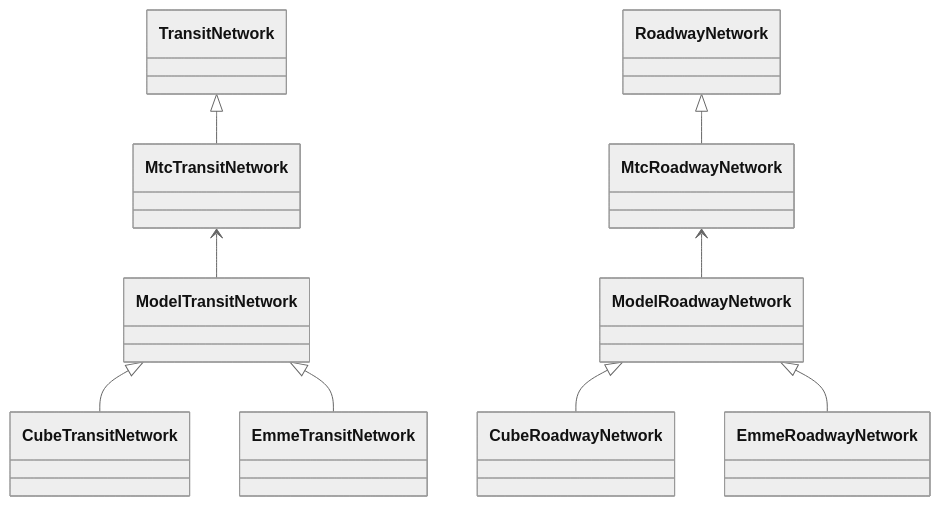
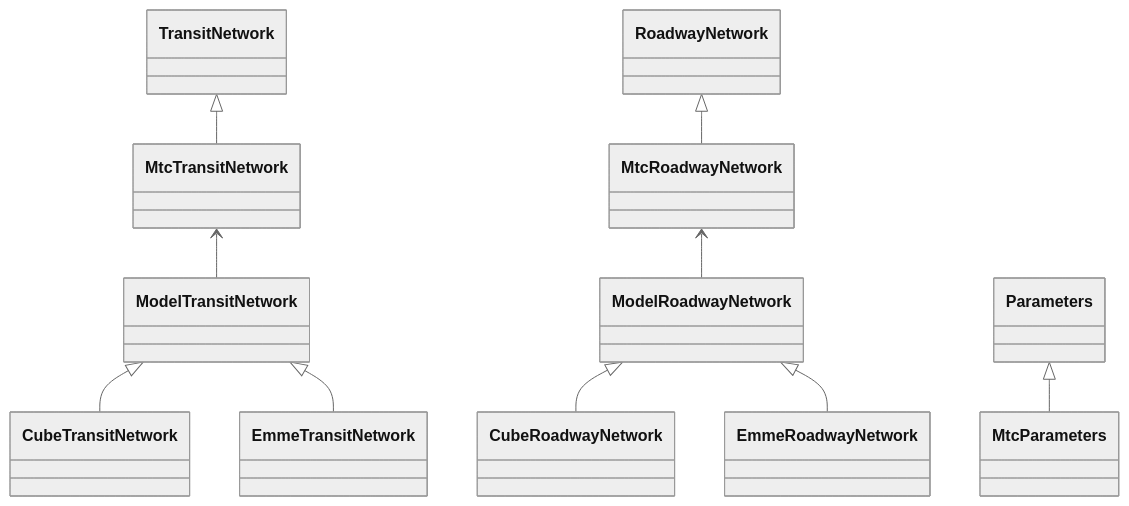
One commit to BayAreaMetro/network_wrangler changed the third of 3 diagrams in architecture.md. Above: the diagram before and after it, drawn with Mermaid (neutral theme).

````diff
--- a/architecture.md
+++ b/architecture.md
@@ -304,13 +304,14 @@
 ```mermaid
 classDiagram
 direction BT
 %% RoadwayNetwork <-- TransitNetwork
 MtcRoadwayNetwork --|> RoadwayNetwork
 MtcTransitNetwork --|> TransitNetwork
 ModelRoadwayNetwork --> MtcRoadwayNetwork
 ModelTransitNetwork --> MtcTransitNetwork
 CubeTransitNetwork --|> ModelTransitNetwork
 EmmeTransitNetwork --|> ModelTransitNetwork
 CubeRoadwayNetwork --|> ModelRoadwayNetwork
 EmmeRoadwayNetwork --|> ModelRoadwayNetwork
+MtcParameters --|> Parameters
 ```
````
